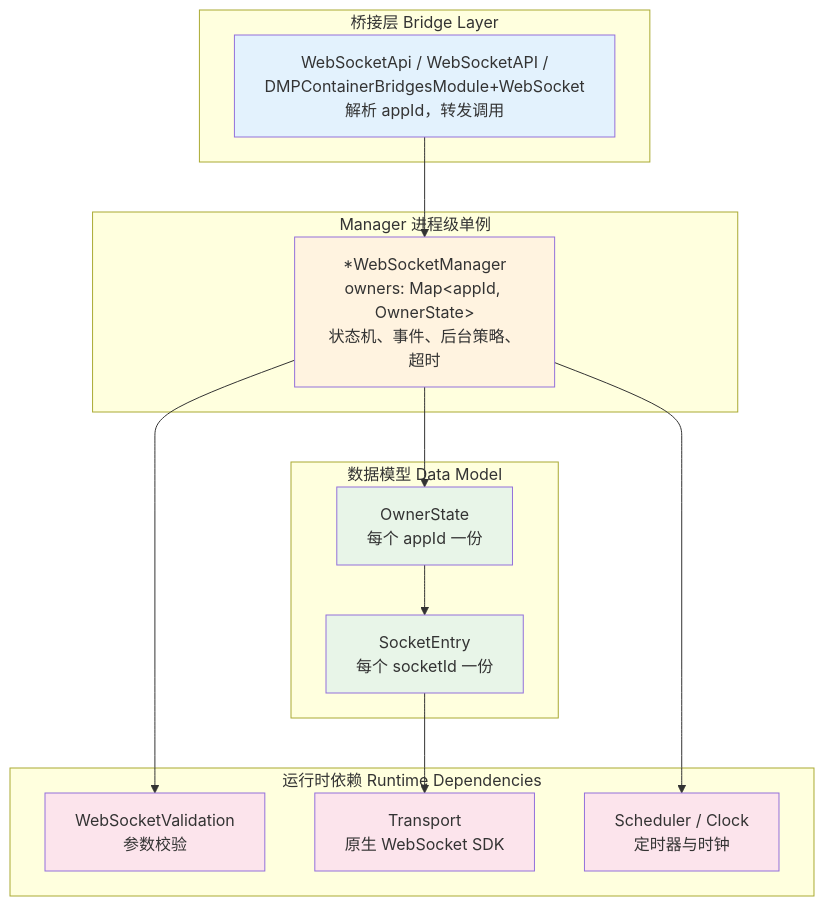
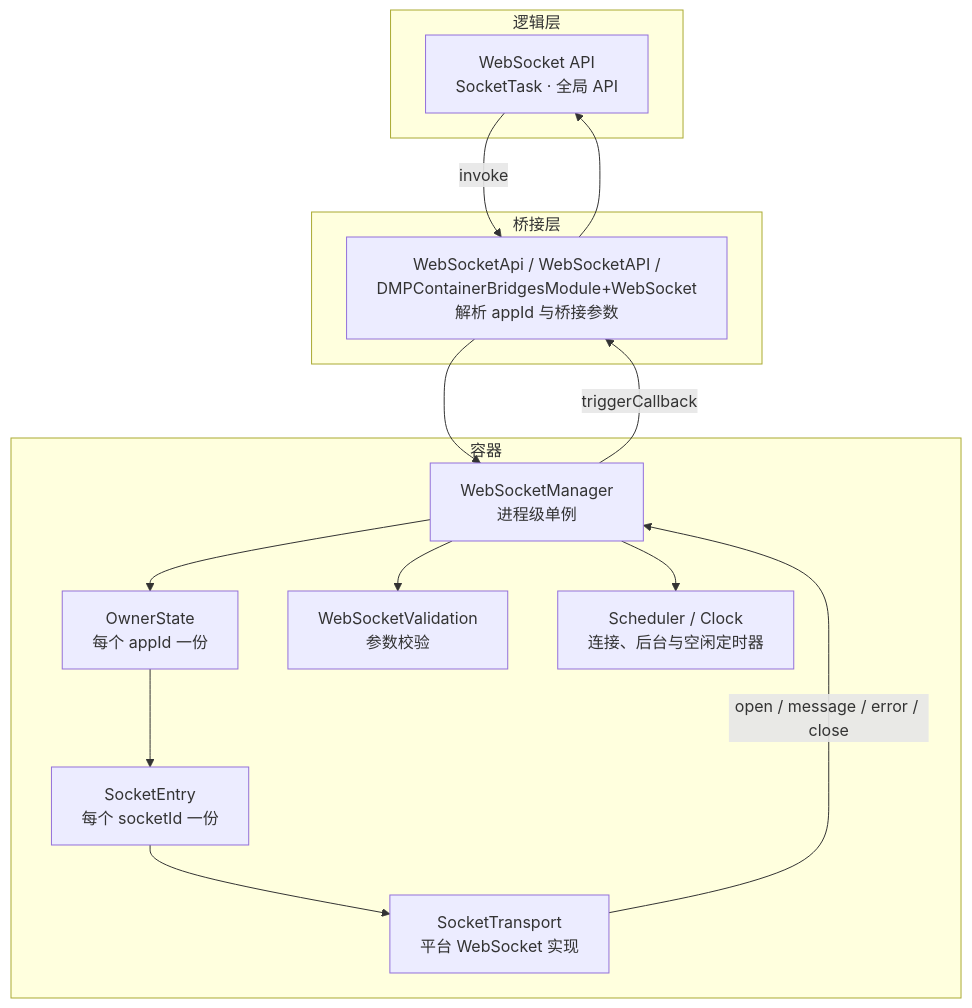
Before and after one commit to didi/dimina: the first of 2 diagrams in docs/websocket-architecture.md, drawn with Mermaid. The commit also changed other lines of this file and 40 other files, not shown here.

````diff
--- a/docs/websocket-architecture.md
+++ b/docs/websocket-architecture.md
@@ -46,36 +65,30 @@
 ```mermaid
 graph TB
-    subgraph "桥接层 Bridge Layer"
-        BRIDGE["WebSocketApi / WebSocketAPI /<br/>DMPContainerBridgesModule+WebSocket<br/>解析 appId，转发调用"]
+    subgraph SERVICE["逻辑层"]
+        API["WebSocket API<br/>SocketTask · 全局 API"]
     end
 
-    subgraph "Manager 进程级单例"
-        MGR["*WebSocketManager<br/>owners: Map&lt;appId, OwnerState&gt;<br/>状态机、事件、后台策略、超时"]
+    subgraph BRIDGE_LAYER["桥接层"]
+        BRIDGE["WebSocketApi / WebSocketAPI /<br/>DMPContainerBridgesModule+WebSocket<br/>解析 appId 与桥接参数"]
     end
 
-    subgraph "数据模型 Data Model"
+    subgraph CONTAINER["容器"]
+        MANAGER["WebSocketManager<br/>进程级单例"]
         OWNER["OwnerState<br/>每个 appId 一份"]
         ENTRY["SocketEntry<br/>每个 socketId 一份"]
+        VALIDATION["WebSocketValidation<br/>参数校验"]
+        SCHEDULER["Scheduler / Clock<br/>连接、后台与空闲定时器"]
+        TRANSPORT["SocketTransport<br/>平台 WebSocket 实现"]
     end
 
-    subgraph "运行时依赖 Runtime Dependencies"
-        VALIDATION["WebSocketValidation<br/>参数校验"]
-        TRANSPORT["Transport<br/>原生 WebSocket SDK"]
-        SCHED["Scheduler / Clock<br/>定时器与时钟"]
-    end
-
-    BRIDGE --> MGR
-    MGR --> OWNER
+    API -->|"invoke"| BRIDGE
+    BRIDGE --> MANAGER
+    MANAGER --> OWNER
     OWNER --> ENTRY
-    MGR --> VALIDATION
+    MANAGER --> VALIDATION
+    MANAGER --> SCHEDULER
     ENTRY --> TRANSPORT
-    MGR --> SCHED
-
-    style BRIDGE fill:#e3f2fd
-    style MGR fill:#fff3e0
-    style OWNER fill:#e8f5e8
-    style ENTRY fill:#e8f5e8
-    style VALIDATION fill:#fce4ec
-    style TRANSPORT fill:#fce4ec
-    style SCHED fill:#fce4ec
+    TRANSPORT -->|"open / message / error / close"| MANAGER
+    MANAGER -->|"triggerCallback"| BRIDGE
+    BRIDGE --> API
 ```
````
